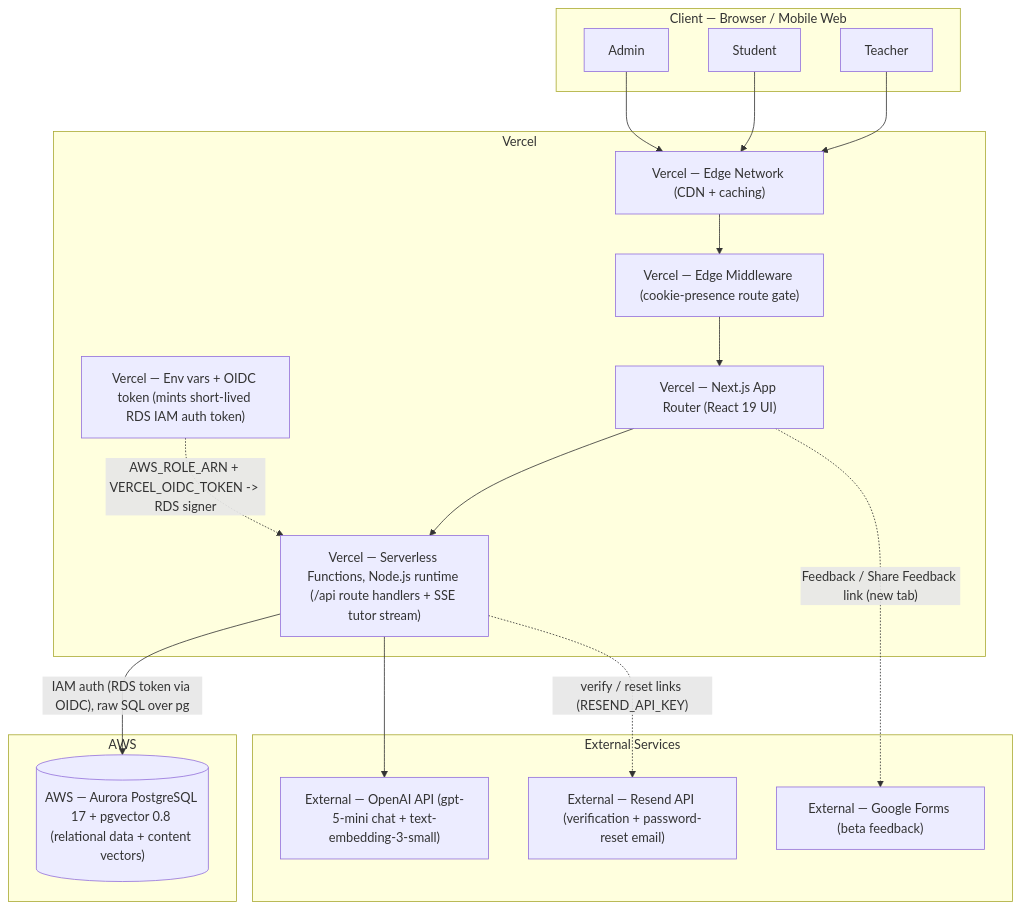
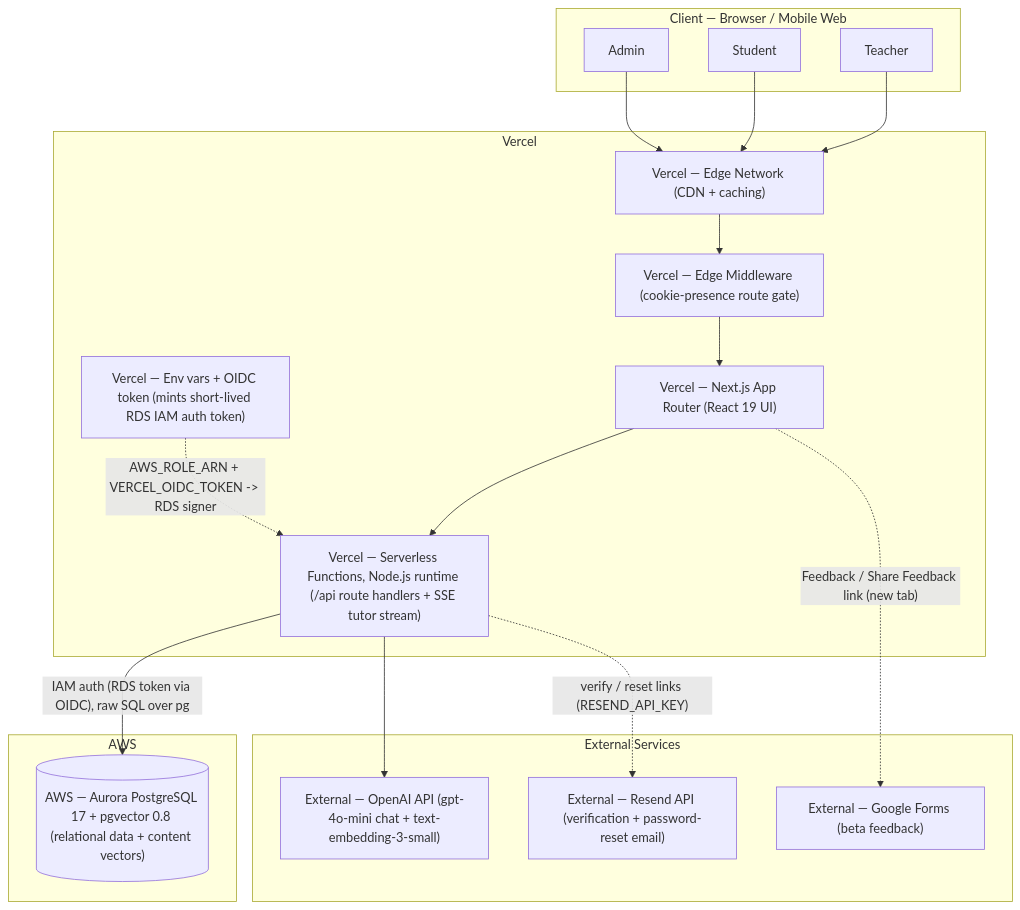
One commit to awaisaziz/edsynapse-beta changed the first of 4 diagrams in docs/architecture.md. Above: the diagram before and after it, drawn with Mermaid. The commit also changed other lines of this file and 8 other files, not shown here.

First line of the commit message:
docs: architecture/auth fixes, admin guide, demo deck; dedupe logo

````diff
--- a/docs/architecture.md
+++ b/docs/architecture.md
@@ -37,38 +37,38 @@
 ```mermaid
 flowchart TB
     subgraph client["Client — Browser / Mobile Web"]
         U1["Teacher"]
         U2["Student"]
         U3["Admin"]
     end
 
     subgraph vercel["Vercel"]
         CDN["Vercel — Edge Network (CDN + caching)"]
         MW["Vercel — Edge Middleware (cookie-presence route gate)"]
         APP["Vercel — Next.js App Router (React 19 UI)"]
         API["Vercel — Serverless Functions, Node.js runtime (/api route handlers + SSE tutor stream)"]
         OIDC["Vercel — Env vars + OIDC token (mints short-lived RDS IAM auth token)"]
     end
 
     subgraph aws["AWS"]
         DB[("AWS — Aurora PostgreSQL 17 + pgvector 0.8 (relational data + content vectors)")]
     end
 
     subgraph ext["External Services"]
-        OPENAI["External — OpenAI API (gpt-5-mini chat + text-embedding-3-small)"]
+        OPENAI["External — OpenAI API (gpt-4o-mini chat + text-embedding-3-small)"]
         RESEND["External — Resend API (verification + password-reset email)"]
         GFORM["External — Google Forms (beta feedback)"]
     end
 
     U1 --> CDN
     U2 --> CDN
     U3 --> CDN
     CDN --> MW
     MW --> APP
     APP --> API
     APP -. "Feedback / Share Feedback link (new tab)" .-> GFORM
     API -- "IAM auth (RDS token via OIDC), raw SQL over pg" --> DB
     API --> OPENAI
     API -. "verify / reset links (RESEND_API_KEY)" .-> RESEND
     OIDC -. "AWS_ROLE_ARN + VERCEL_OIDC_TOKEN -> RDS signer" .-> API
 ```
````
